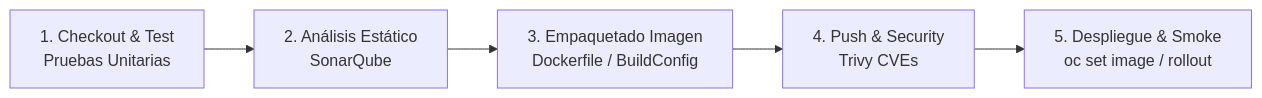
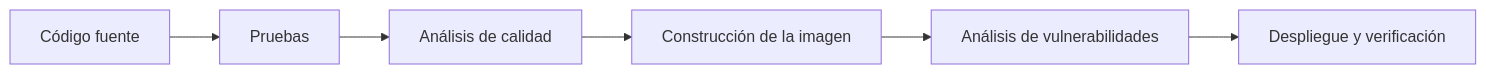
Before and after one commit to ieftraining/curso-openshift: the first of 4 diagrams in docs/sesion4/4.7 Opciones de automatizacion.md, drawn with Mermaid. The commit also changed other lines of this file, not shown here.

````diff
--- a/docs/sesion4/4.7 Opciones de automatizacion.md
+++ b/docs/sesion4/4.7 Opciones de automatizacion.md
@@ -21,7 +26,8 @@
 ```mermaid
 flowchart LR
-    A[1. Checkout & Test<br>Pruebas Unitarias] --> B[2. Análisis Estático<br>SonarQube]
-    B --> C[3. Empaquetado Imagen<br>Dockerfile / BuildConfig]
-    C --> D[4. Push & Security<br>Trivy CVEs]
-    D --> E[5. Despliegue & Smoke<br>oc set image / rollout]
+    A[Código fuente] --> B[Pruebas]
+    B --> C[Análisis de calidad]
+    C --> D[Construcción de la imagen]
+    D --> E[Análisis de vulnerabilidades]
+    E --> F[Despliegue y verificación]
 ```
````
